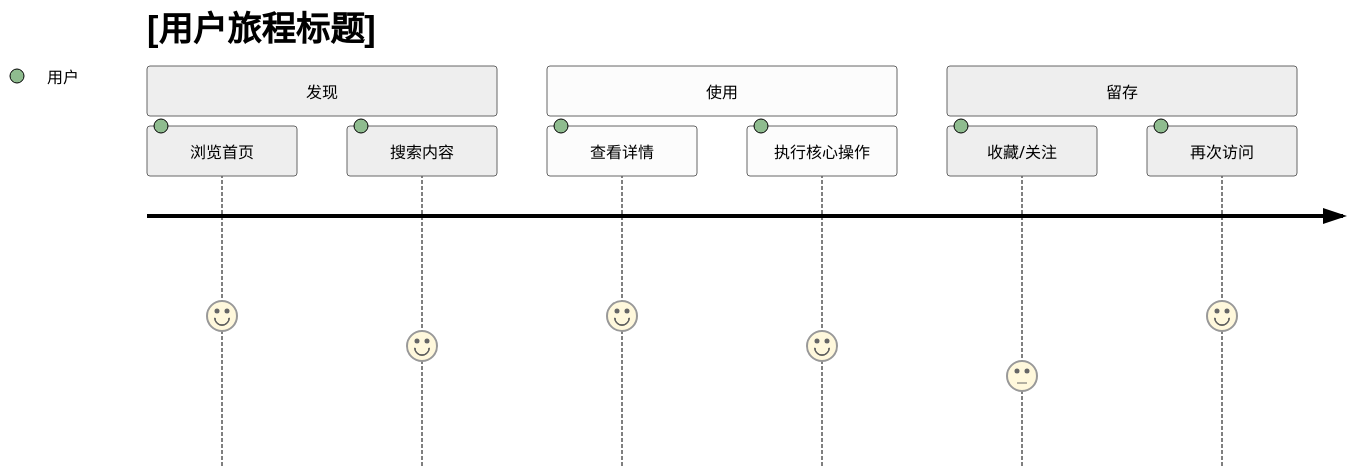
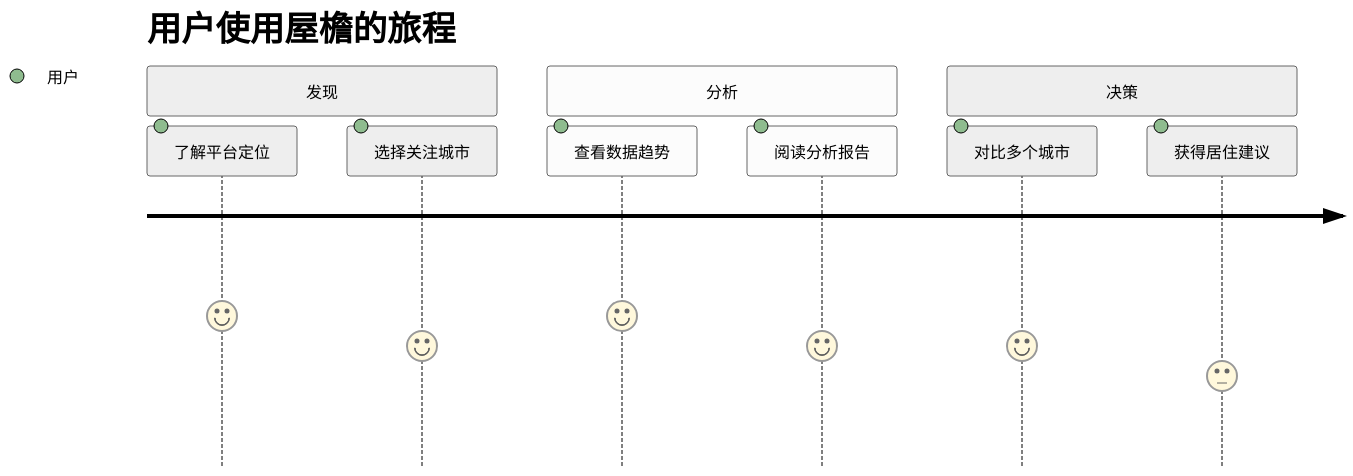
One commit to hhyouyou/eaves changed the second of 2 diagrams in doc/product/index.md. Above: the diagram before and after it, drawn with Mermaid (neutral theme). The commit also changed other lines of this file and 8 other files, not shown here.

````diff
--- a/doc/product/index.md
+++ b/doc/product/index.md
@@ -56,13 +89,13 @@
 ```mermaid
 journey
-    title [用户旅程标题]
+    title 用户使用屋檐的旅程
     section 发现
-      浏览首页: 5: 用户
-      搜索内容: 4: 用户
-    section 使用
-      查看详情: 5: 用户
-      执行核心操作: 4: 用户
-    section 留存
-      收藏/关注: 3: 用户
-      再次访问: 5: 用户
+      了解平台定位: 5: 用户
+      选择关注城市: 4: 用户
+    section 分析
+      查看数据趋势: 5: 用户
+      阅读分析报告: 4: 用户
+    section 决策
+      对比多个城市: 4: 用户
+      获得居住建议: 3: 用户
 ```
````
